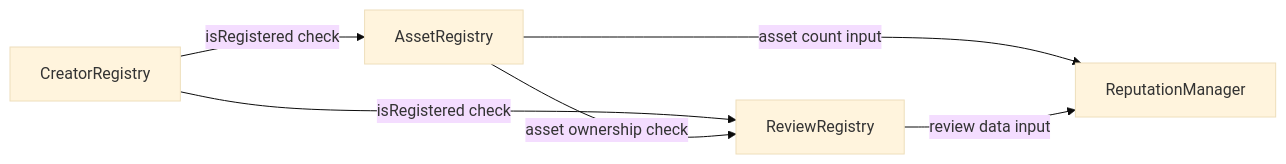
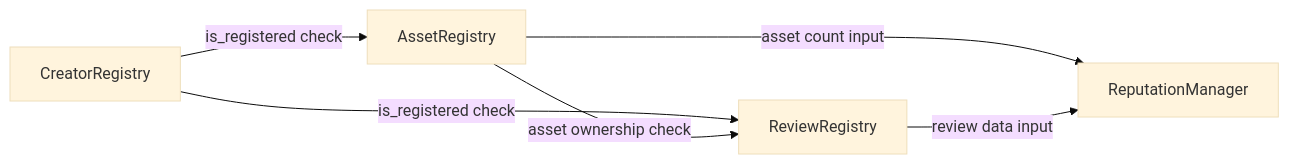
The fifth of 5 diagrams in docs/SMART_CONTRACT_INTERFACES.md (originchain-labs/originchain), drawn with Mermaid (base theme) before and after one commit. The commit also changed other lines of this file and 9 other files, not shown here.

````diff
--- a/docs/SMART_CONTRACT_INTERFACES.md
+++ b/docs/SMART_CONTRACT_INTERFACES.md
@@ -174,8 +177,8 @@
 ```mermaid
 flowchart LR
-    CreatorRegistry -->|isRegistered check| AssetRegistry
-    CreatorRegistry -->|isRegistered check| ReviewRegistry
-    AssetRegistry -->|asset ownership check| ReviewRegistry
-    AssetRegistry -->|asset count input| ReputationManager
-    ReviewRegistry -->|review data input| ReputationManager
+    CreatorRegistry -->|"is_registered check"| AssetRegistry
+    CreatorRegistry -->|"is_registered check"| ReviewRegistry
+    AssetRegistry -->|"asset ownership check"| ReviewRegistry
+    AssetRegistry -->|"asset count input"| ReputationManager
+    ReviewRegistry -->|"review data input"| ReputationManager
 ```
````
